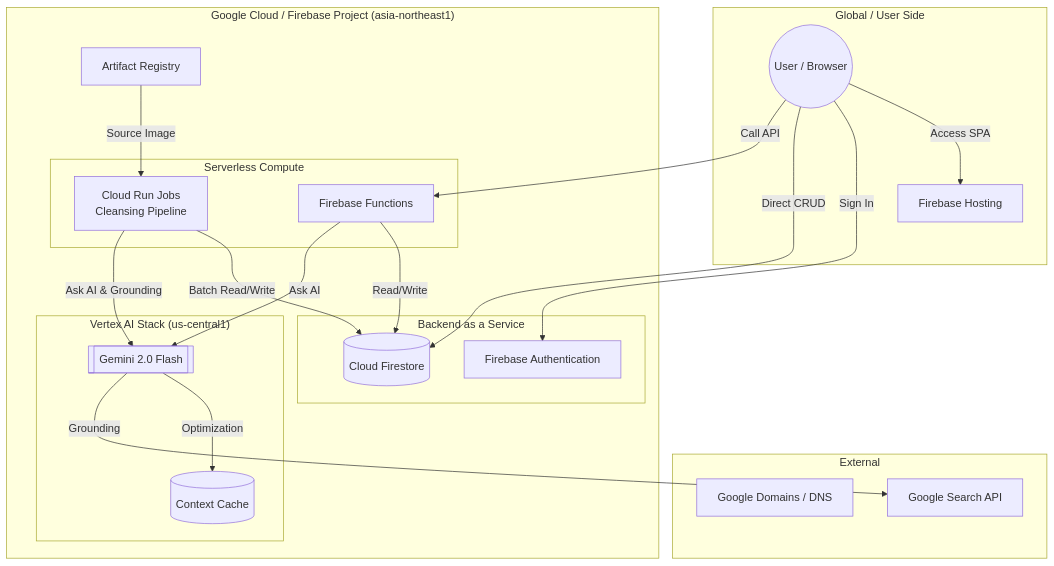
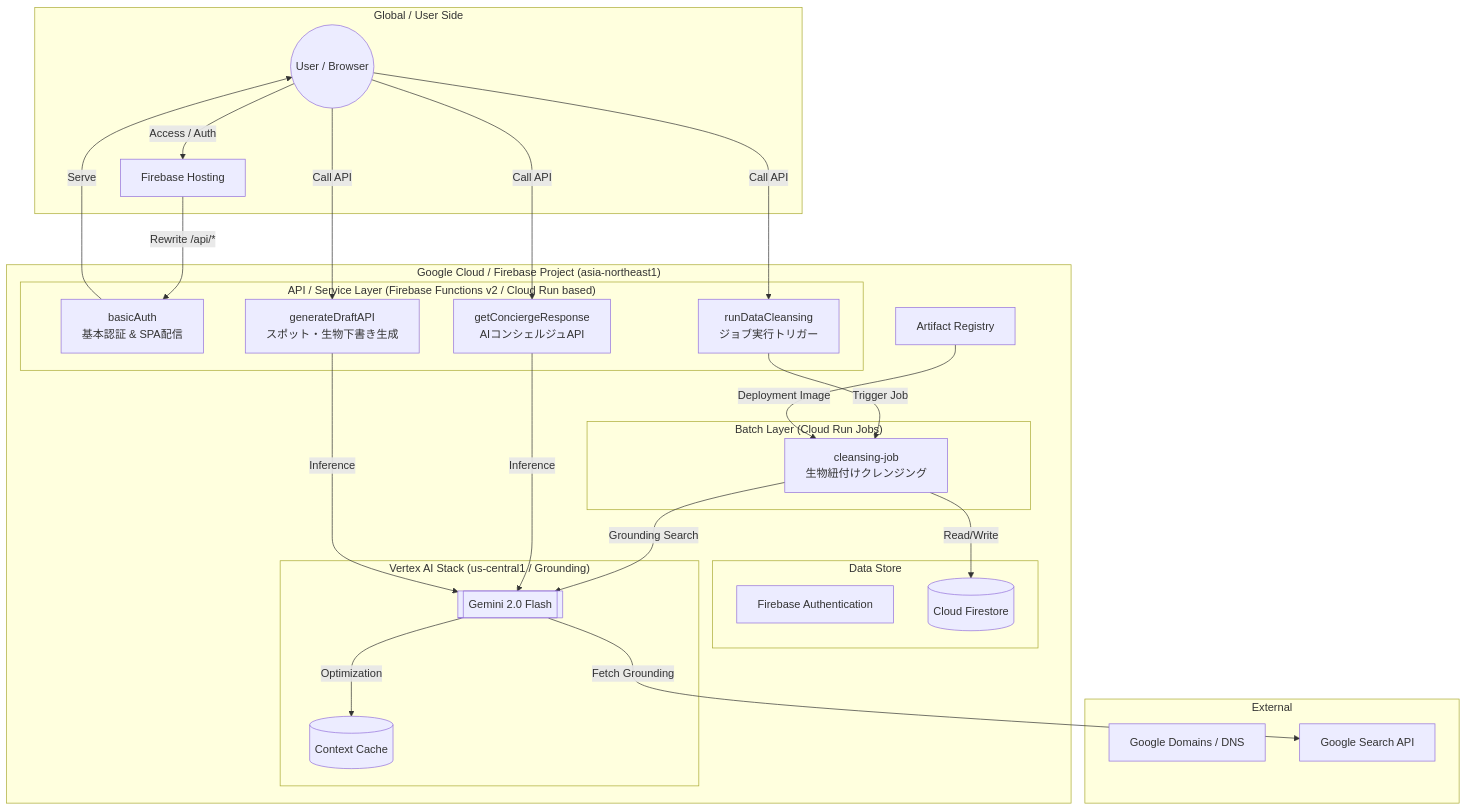
The diagram in INFRASTRUCTURE.md (cloud-solutions-ttakeuchi/wedive), drawn with Mermaid before and after one commit. The commit also changed other lines of this file, not shown here.

````diff
--- a/INFRASTRUCTURE.md
+++ b/INFRASTRUCTURE.md
@@ -11,48 +11,54 @@
 ```mermaid
 graph TD
     subgraph "External"
         DNS[Google Domains / DNS]
         GoogleSearch[Google Search API]
     end
 
     subgraph "Global / User Side"
         User((User / Browser))
         FBH[Firebase Hosting]
     end
 
     subgraph "Google Cloud / Firebase Project (asia-northeast1)"
-        subgraph "Backend as a Service"
+        subgraph "API / Service Layer (Firebase Functions v2 / Cloud Run based)"
+            AuthFunc[basicAuth<br/>基本認証 & SPA配信]
+            AI_API[getConciergeResponse<br/>AIコンシェルジュAPI]
+            DraftAPI[generateDraftAPI<br/>スポット・生物下書き生成]
+            JobTrigger[runDataCleansing<br/>ジョブ実行トリガー]
+        end
+
+        subgraph "Batch Layer (Cloud Run Jobs)"
+            CRJ[cleansing-job<br/>生物紐付けクレンジング]
+        end
+
+        subgraph "Data Store"
             Auth[Firebase Authentication]
             Firestore[(Cloud Firestore)]
         end
 
-        subgraph "Serverless Compute"
-            Functions[Firebase Functions]
-            CRJ[Cloud Run Jobs <br/> Cleansing Pipeline]
-        end
-
-        subgraph "Vertex AI Stack (us-central1)"
+        subgraph "Vertex AI Stack (us-central1 / Grounding)"
             Gemini[[Gemini 2.0 Flash]]
             Cache[(Context Cache)]
         end
         
         Artifact[Artifact Registry]
     end
 
     %% Flows
-    User -->|Access SPA| FBH
-    User -->|Sign In| Auth
-    User -->|Direct CRUD| Firestore
-    User -->|Call API| Functions
+    User -->|Access / Auth| FBH
+    FBH -->|Rewrite /api/*| AuthFunc
+    AuthFunc -->|Serve| User
     
-    Functions -->|Read/Write| Firestore
-    Functions -->|Ask AI| Gemini
+    User -->|Call API| AI_API & DraftAPI & JobTrigger
     
-    CRJ -->|Batch Read/Write| Firestore
-    CRJ -->|Ask AI & Grounding| Gemini
+    JobTrigger -->|Trigger Job| CRJ
+    CRJ -->|Read/Write| Firestore
+    CRJ -->|Grounding Search| Gemini
     
+    AI_API & DraftAPI -->|Inference| Gemini
     Gemini -->|Optimization| Cache
-    Gemini -->|Grounding| GoogleSearch
+    Gemini -->|Fetch Grounding| GoogleSearch
     
-    Artifact -->|Source Image| CRJ
+    Artifact -->|Deployment Image| CRJ
 ```
````
